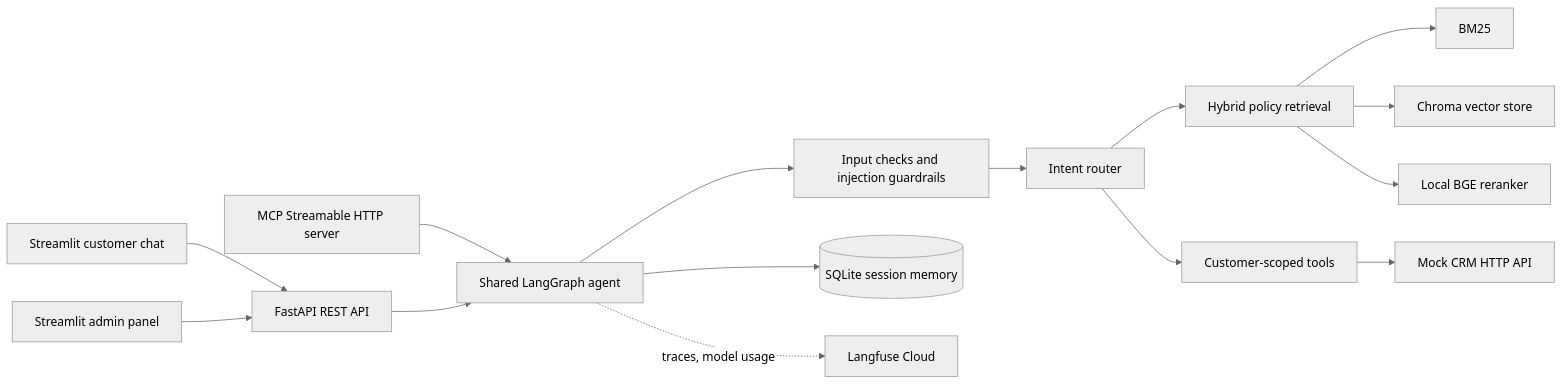
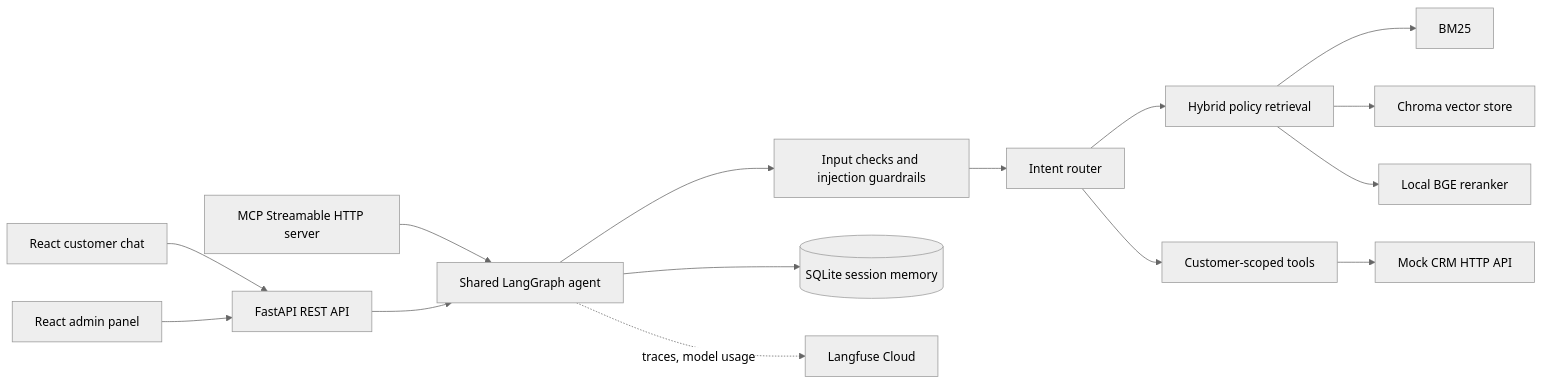
One commit to purva1651/Customer-support-agent changed the diagram in README.md. Above: the diagram before and after it, drawn with Mermaid (neutral theme). The commit also changed other lines of this file and 22 other files, not shown here.

````diff
--- a/README.md
+++ b/README.md
@@ -10,17 +10,17 @@
 ```mermaid
 flowchart LR
-    Chat[Streamlit customer chat] --> API[FastAPI REST API]
-    Admin[Streamlit admin panel] --> API
+    Chat[React customer chat] --> API[FastAPI REST API]
+    Admin[React admin panel] --> API
     MCP[MCP Streamable HTTP server] --> Agent[Shared LangGraph agent]
     API --> Agent
     Agent --> Guard[Input checks and injection guardrails]
     Guard --> Router[Intent router]
     Router --> RAG[Hybrid policy retrieval]
     Router --> Tools[Customer-scoped tools]
     RAG --> BM25[BM25]
     RAG --> Chroma[Chroma vector store]
     RAG --> Reranker[Local BGE reranker]
     Tools --> CRM[Mock CRM HTTP API]
     Agent --> Memory[(SQLite session memory)]
     Agent -. traces, model usage .-> Langfuse[Langfuse Cloud]
 ```
````
